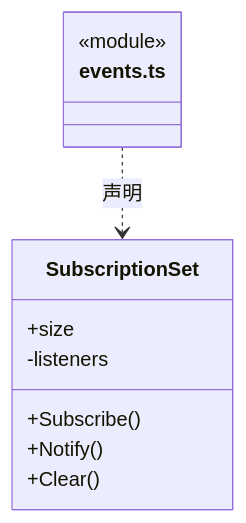
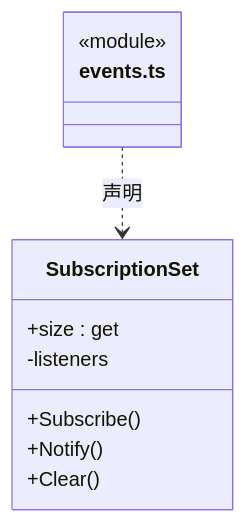
The second of 9 diagrams in src/view/foundations/utility/ARCHITECTURE.md (nan023062/cbim), drawn with Mermaid before and after one commit. The commit also changed other lines of this file and 137 other files, not shown here.

Commit message:
fix: align architecture generator with documentation standards

````diff
--- a/src/view/foundations/utility/ARCHITECTURE.md
+++ b/src/view/foundations/utility/ARCHITECTURE.md
@@ -142,14 +146,14 @@
 ```mermaid
 classDiagram
 class N_src_view_foundations_utility_events_ts["events.ts"] {
   <<module>>
 }
 class N_src_view_foundations_utility_events_ts_SubscriptionSet["SubscriptionSet"] {
-  +size
+  +size : get
   +Subscribe()
   +Notify()
   +Clear()
   -listeners
 }
 N_src_view_foundations_utility_events_ts ..> N_src_view_foundations_utility_events_ts_SubscriptionSet : 声明
 ```
````
